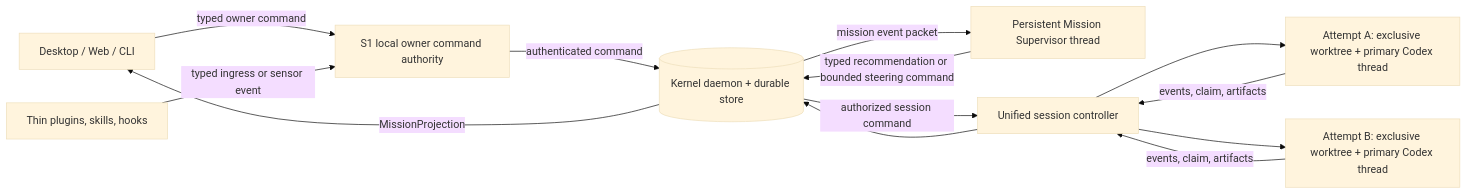
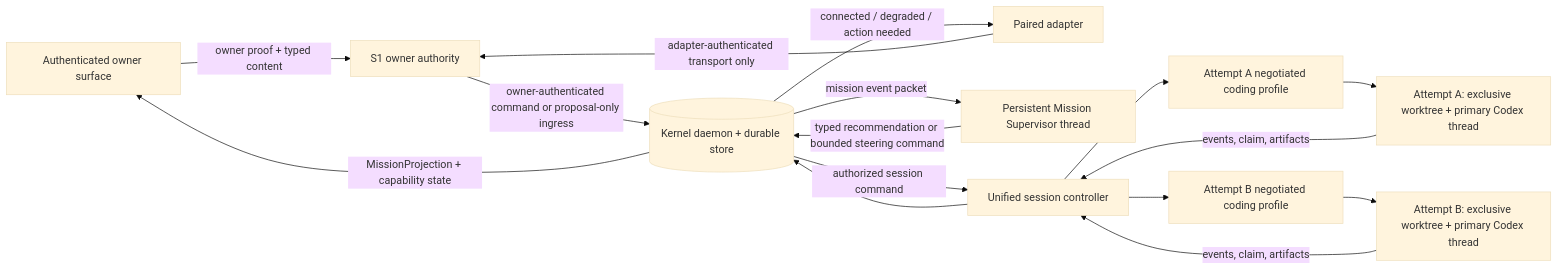
Before and after one commit to waldoco/Waldo-Kennel: the second of 7 diagrams in docs/architecture/persistent-mission-runtime.md, drawn with Mermaid (base theme). The commit also changed other lines of this file and 17 other files, not shown here.

````diff
--- a/docs/architecture/persistent-mission-runtime.md
+++ b/docs/architecture/persistent-mission-runtime.md
@@ -43,15 +43,18 @@
 ```mermaid
 flowchart LR
-    UI[Desktop / Web / CLI] -->|typed owner command| S1[S1 local owner command authority]
-    PL[Thin plugins, skills, hooks] -->|typed ingress or sensor event| S1
-    S1 -->|authenticated command| D[(Kernel daemon + durable store)]
+    UI[Authenticated owner surface] -->|owner proof + typed content| S1[S1 owner authority]
+    PL[Paired adapter] -->|adapter-authenticated transport only| S1
+    S1 -->|owner-authenticated command or proposal-only ingress| D[(Kernel daemon + durable store)]
     D -->|mission event packet| MS[Persistent Mission Supervisor thread]
     MS -->|typed recommendation or bounded steering command| D
     D -->|authorized session command| SC[Unified session controller]
-    SC --> A1[Attempt A: exclusive worktree + primary Codex thread]
-    SC --> B1[Attempt B: exclusive worktree + primary Codex thread]
+    SC --> PA[Attempt A negotiated coding profile]
+    SC --> PB[Attempt B negotiated coding profile]
+    PA --> A1[Attempt A: exclusive worktree + primary Codex thread]
+    PB --> B1[Attempt B: exclusive worktree + primary Codex thread]
     A1 -->|events, claim, artifacts| SC
     B1 -->|events, claim, artifacts| SC
     SC --> D
-    D -->|MissionProjection| UI
+    D -->|MissionProjection + capability state| UI
+    D -->|connected / degraded / action needed| PL
 ```
````
